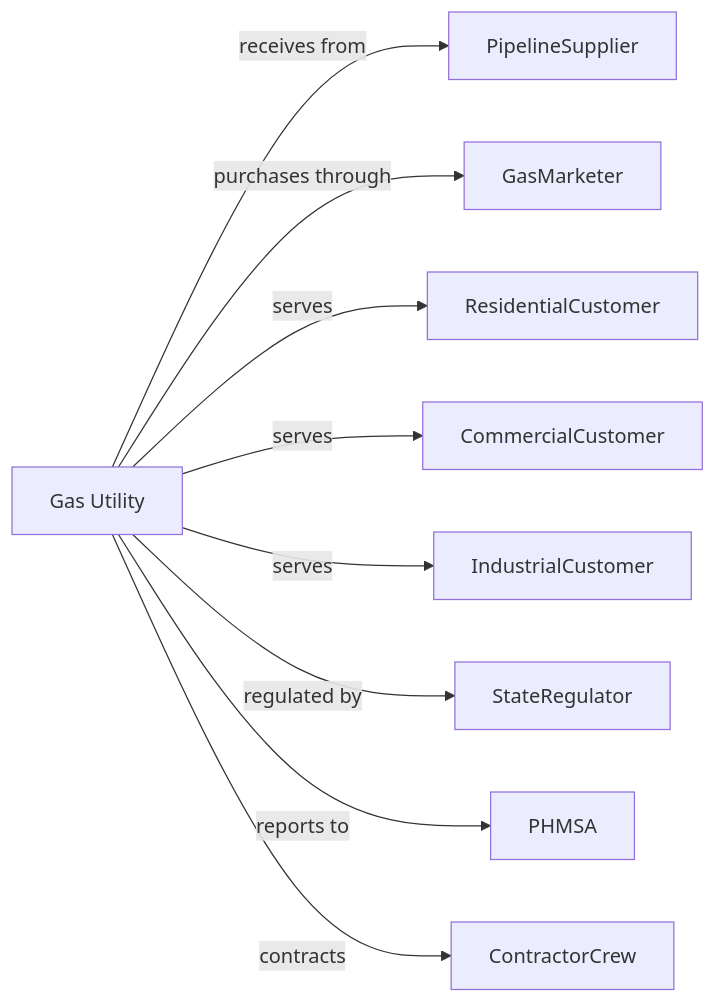
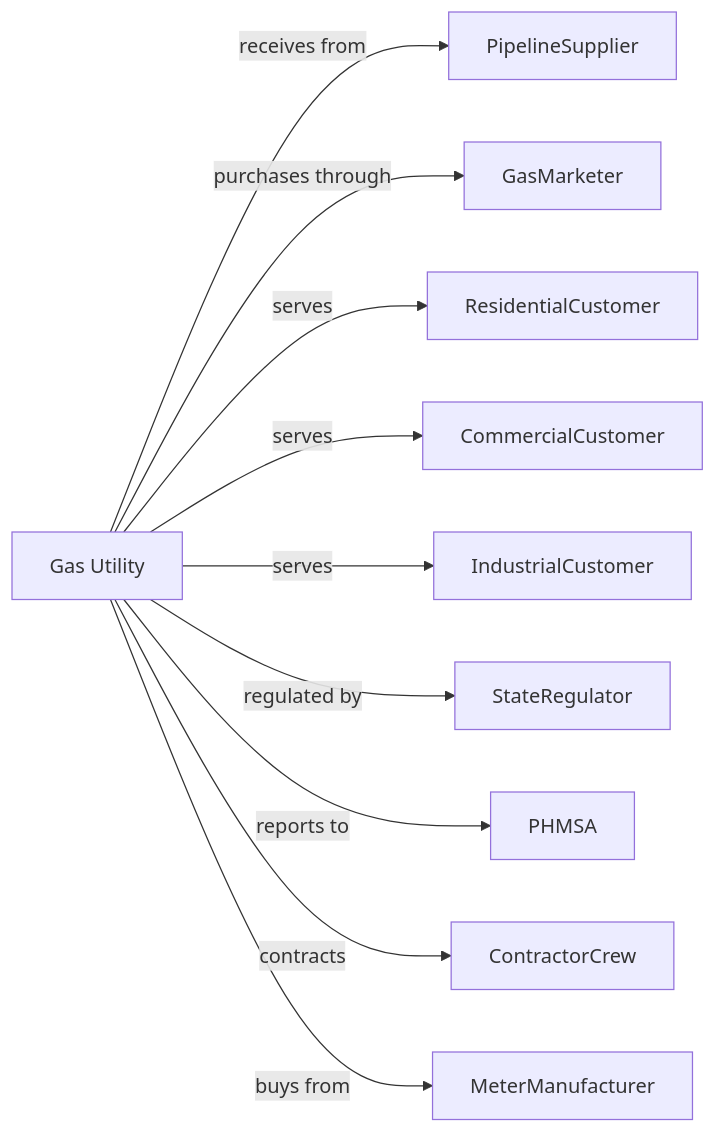
The second of 2 diagrams in Utilities/Utilities/NaturalGasDistribution/NaturalGasDistribution.mdx (dot-org-ai/industries.org.ai), drawn with Mermaid before and after one commit. The commit also changed other lines of this file and 588 other files, not shown here.

````diff
--- a/Utilities/Utilities/NaturalGasDistribution/NaturalGasDistribution.mdx
+++ b/Utilities/Utilities/NaturalGasDistribution/NaturalGasDistribution.mdx
@@ -138,13 +138,14 @@
 ```mermaid
 graph LR
     U[Gas Utility]
 
     U -->|receives from| PipelineSupplier
     U -->|purchases through| GasMarketer
     U -->|serves| ResidentialCustomer
     U -->|serves| CommercialCustomer
     U -->|serves| IndustrialCustomer
     U -->|regulated by| StateRegulator
     U -->|reports to| PHMSA
     U -->|contracts| ContractorCrew
+    U -->|buys from| MeterManufacturer
 ```
````
